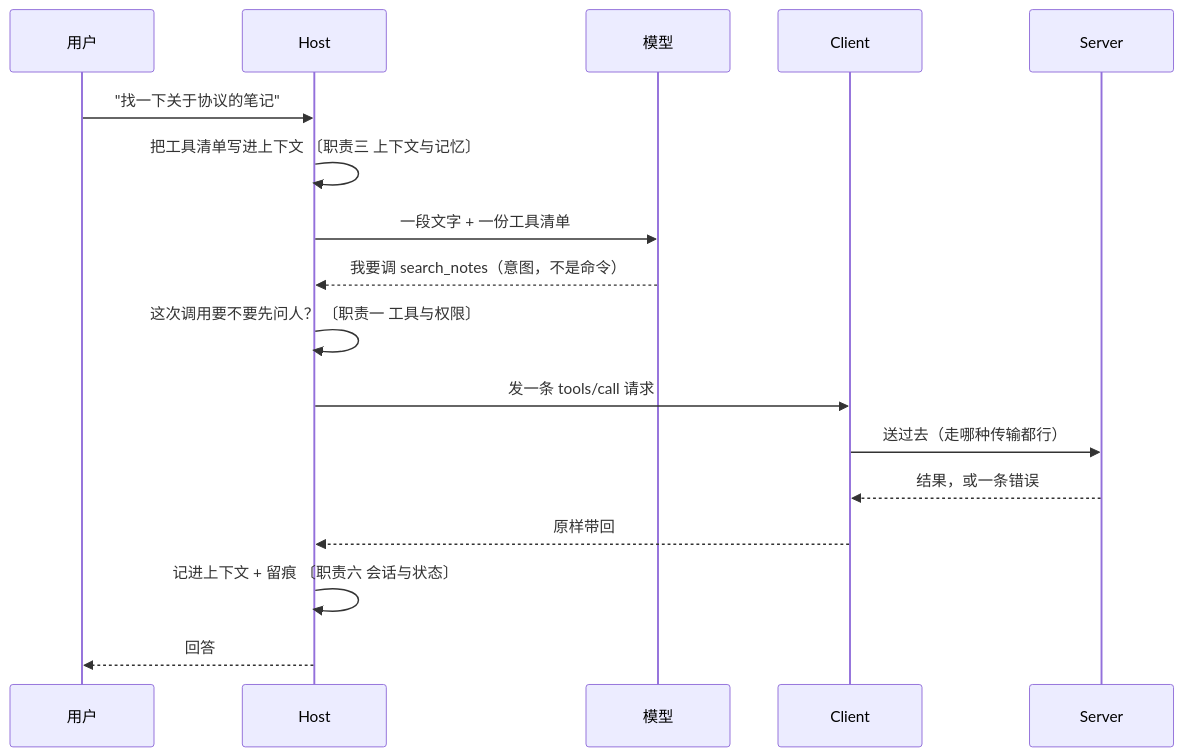
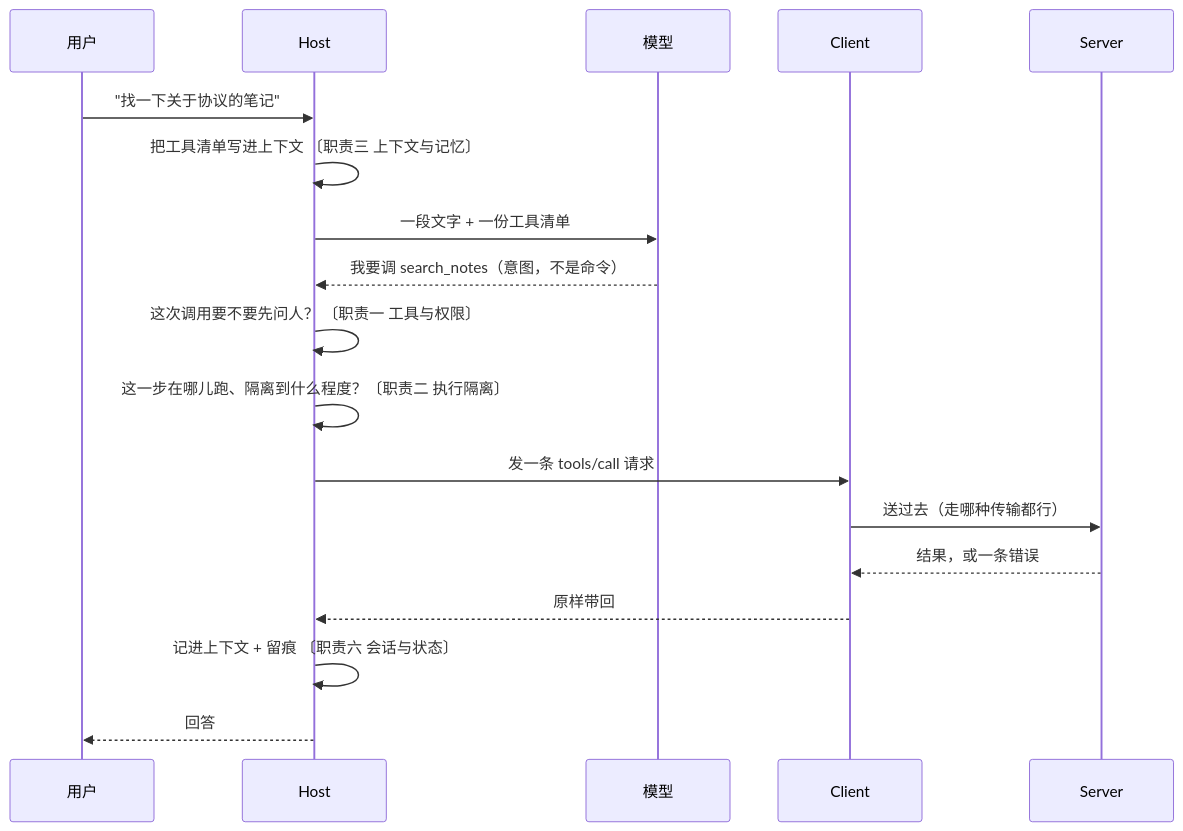
Before and after one commit to Laughingtt/agentkit: the second of 3 diagrams in part-4-harness工程/ch18-mcp协议.md, drawn with Mermaid. The commit also changed other lines of this file and 4 other files, not shown here.

````diff
--- a/part-4-harness工程/ch18-mcp协议.md
+++ b/part-4-harness工程/ch18-mcp协议.md
@@ -121,20 +121,21 @@
 ```mermaid
 sequenceDiagram
     participant U as 用户
     participant H as Host
     participant M as 模型
     participant C as Client
     participant S as Server
 
     U->>H: "找一下关于协议的笔记"
     H->>H: 把工具清单写进上下文        〔职责三 上下文与记忆〕
     H->>M: 一段文字 + 一份工具清单
     M-->>H: 我要调 search_notes（意图，不是命令）
     H->>H: 这次调用要不要先问人？      〔职责一 工具与权限〕
+    H->>H: 这一步在哪儿跑、隔离到什么程度？〔职责二 执行隔离〕
     H->>C: 发一条 tools/call 请求
     C->>S: 送过去（走哪种传输都行）
     S-->>C: 结果，或一条错误
     C-->>H: 原样带回
     H->>H: 记进上下文 + 留痕          〔职责六 会话与状态〕
     H-->>U: 回答
 ```
````
